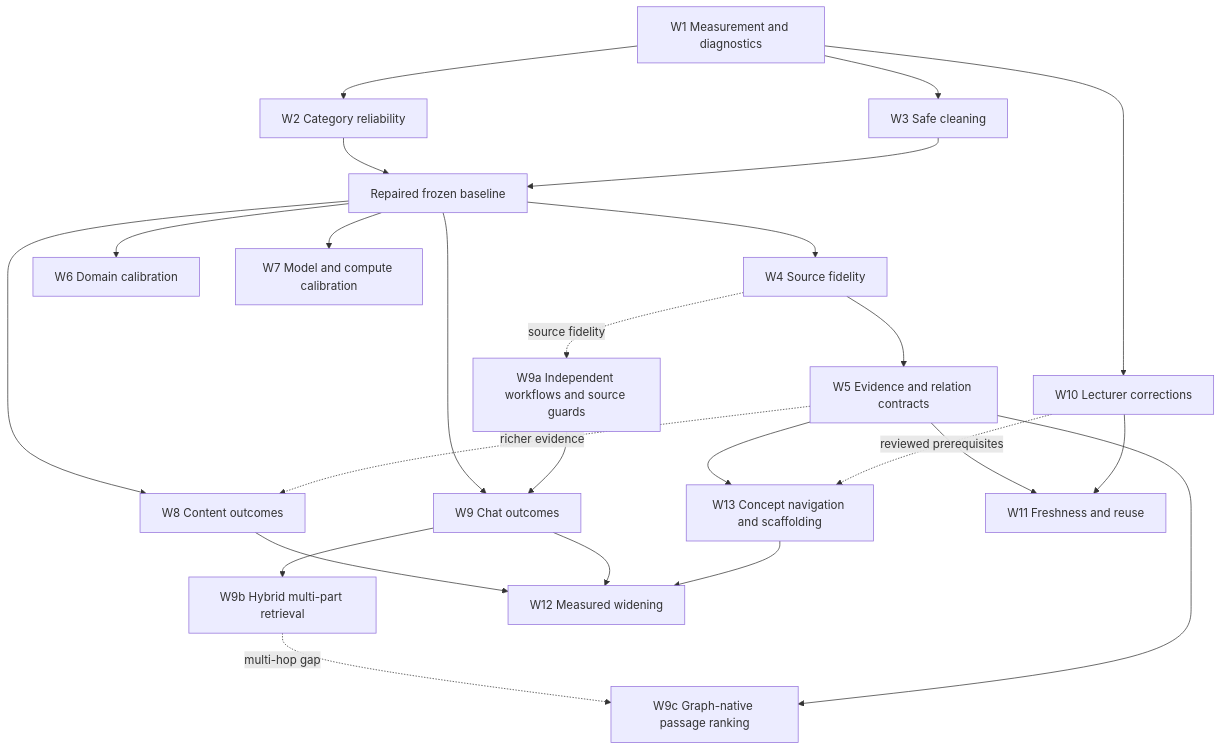
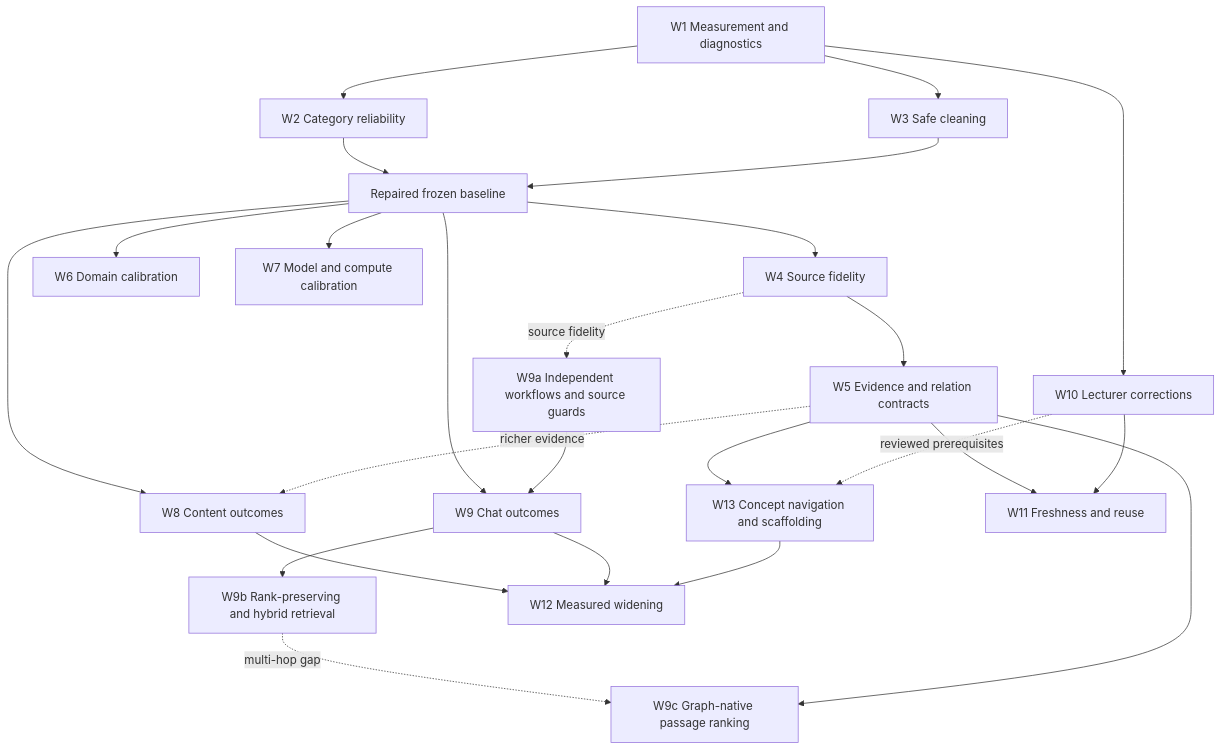
The diagram in project/2026-09-12-kg-quality-roadmap.md (uzh-bf/klicker-uzh), drawn with Mermaid before and after one commit. The commit also changed other lines of this file, not shown here.

First line of the commit message:
docs(project): re-scope W9b to rank-preserving passage selection first

````diff
--- a/project/2026-09-12-kg-quality-roadmap.md
+++ b/project/2026-09-12-kg-quality-roadmap.md
@@ -506,27 +523,27 @@
 ```mermaid
 flowchart TD
   W1[W1 Measurement and diagnostics] --> W2[W2 Category reliability]
   W1 --> W3[W3 Safe cleaning]
   W2 --> R[Repaired frozen baseline]
   W3 --> R
   R --> W4[W4 Source fidelity]
   W4 --> W5[W5 Evidence and relation contracts]
   R --> W6[W6 Domain calibration]
   R --> W7[W7 Model and compute calibration]
   R --> W8[W8 Content outcomes]
   R --> W9[W9 Chat outcomes]
   W4 -. source fidelity .-> W9a[W9a Independent workflows and source guards]
   W9a --> W9
-  W9 --> W9b[W9b Hybrid multi-part retrieval]
+  W9 --> W9b[W9b Rank-preserving and hybrid retrieval]
   W9b -. multi-hop gap .-> W9c[W9c Graph-native passage ranking]
   W5 --> W9c
   W5 --> W13[W13 Concept navigation and scaffolding]
   W10 -. reviewed prerequisites .-> W13
   W5 -. richer evidence .-> W8
   W1 --> W10[W10 Lecturer corrections]
   W5 --> W11[W11 Freshness and reuse]
   W10 --> W11
   W8 --> W12[W12 Measured widening]
   W9 --> W12
   W13 --> W12
 ```
````
